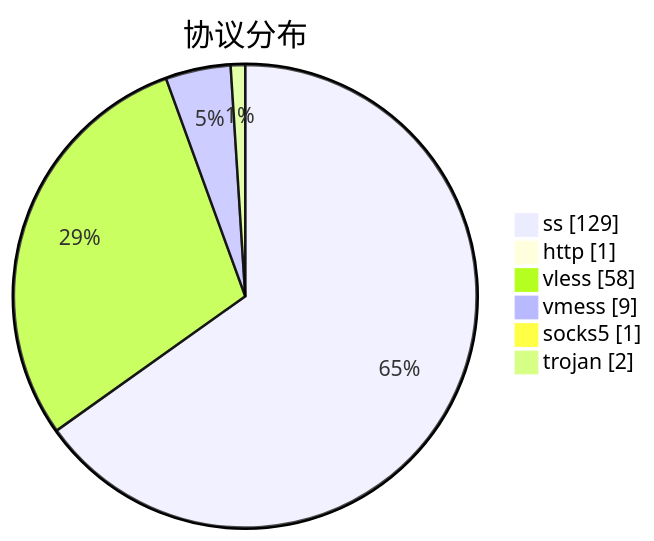
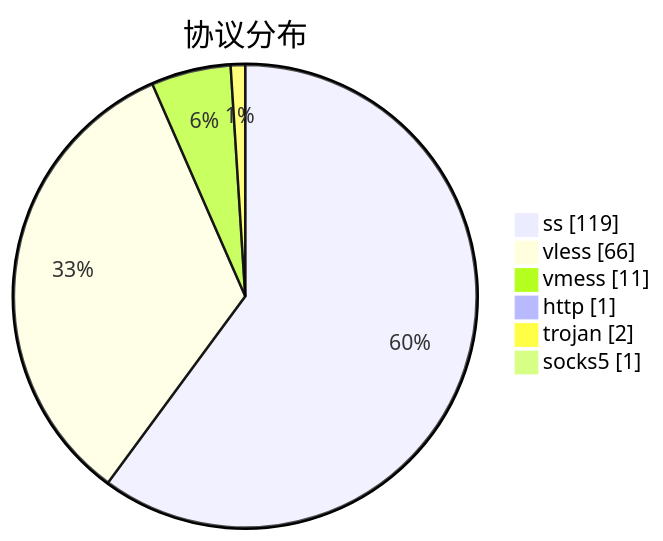
The third of 3 diagrams in subs/statistics/tested_within.md (qjlxg/airport), drawn with Mermaid before and after one commit. The commit also changed other lines of this file and 2 other files, not shown here.

````diff
--- a/subs/statistics/tested_within.md
+++ b/subs/statistics/tested_within.md
@@ -24,10 +27,10 @@
 ```mermaid
 pie showData
 title 协议分布
-"ss" : 129
+"ss" : 119
+"vless" : 66
+"vmess" : 11
 "http" : 1
-"vless" : 58
-"vmess" : 9
+"trojan" : 2
 "socks5" : 1
-"trojan" : 2
 ```
````
